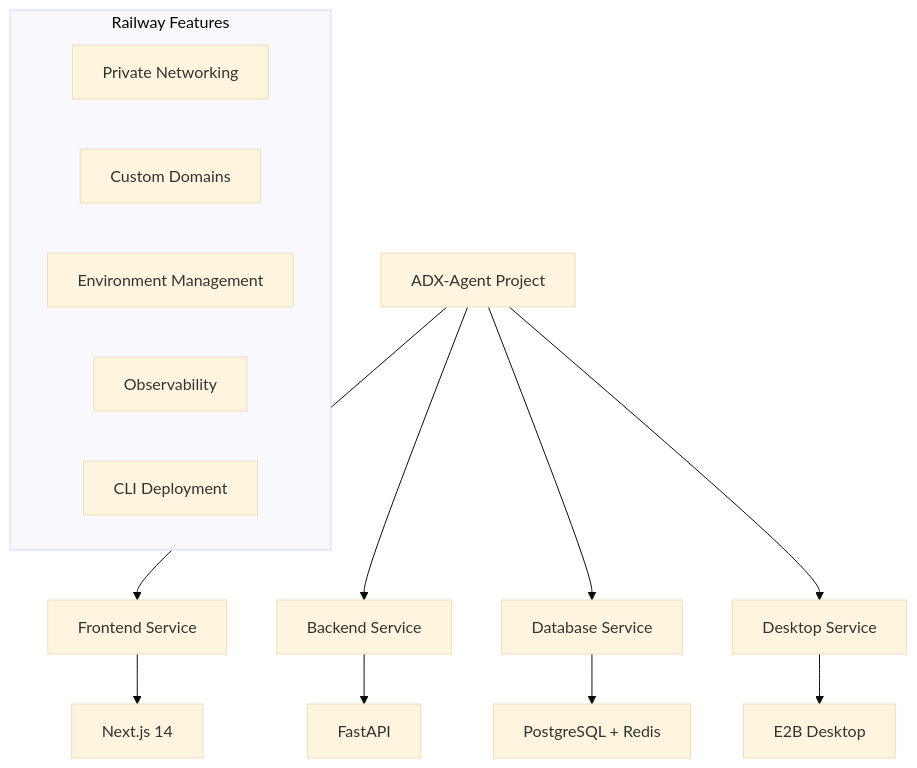
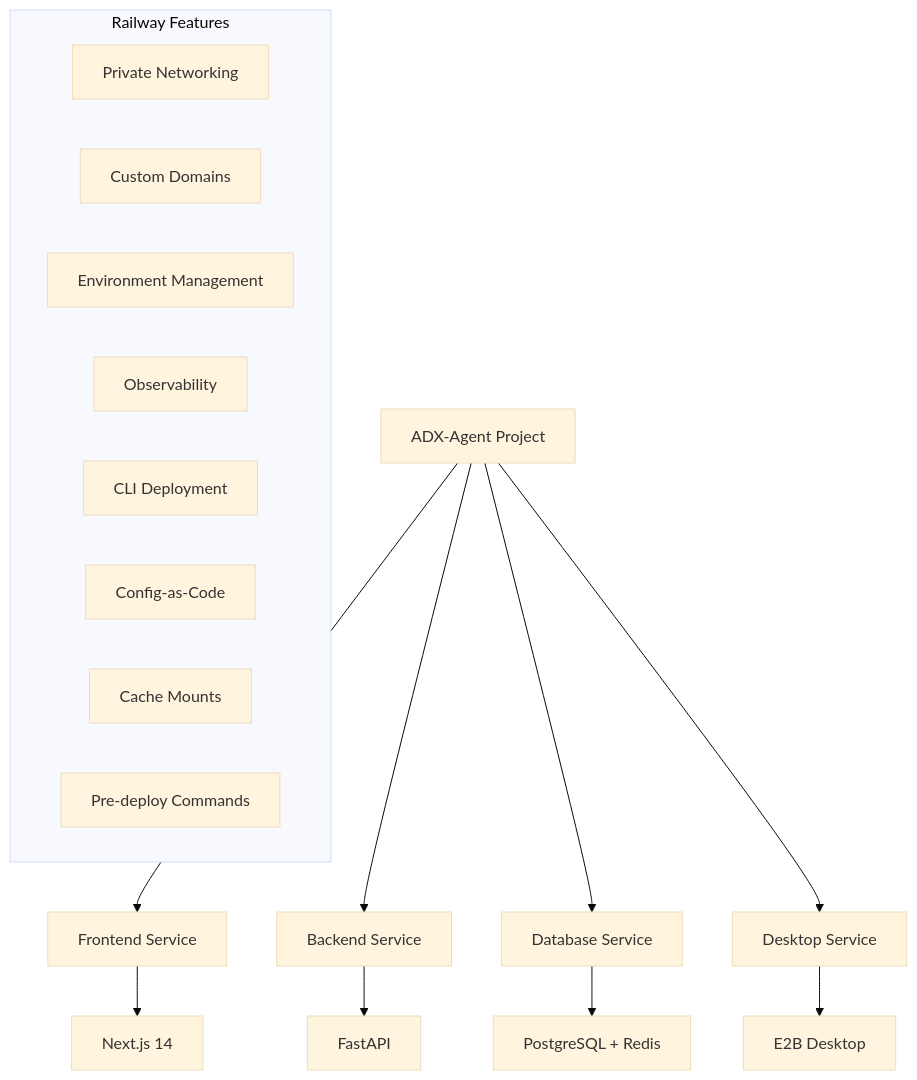
Before and after one commit to osamabinlikhon/ADX-Agent: the second of 4 diagrams in docs/deployment/RAILWAY-DEPLOYMENT.md, drawn with Mermaid (base theme). The commit also changed other lines of this file and 5 other files, not shown here.

````diff
--- a/docs/deployment/RAILWAY-DEPLOYMENT.md
+++ b/docs/deployment/RAILWAY-DEPLOYMENT.md
@@ -11,20 +46,23 @@
 ```mermaid
 graph TD
     A[ADX-Agent Project] --> B[Frontend Service]
     A --> C[Backend Service]
     A --> D[Database Service]
     A --> E[Desktop Service]
     
     B --> F[Next.js 14]
     C --> G[FastAPI]
     D --> H[PostgreSQL + Redis]
     E --> I[E2B Desktop]
     
     subgraph "Railway Features"
         J[Private Networking]
         K[Custom Domains]
         L[Environment Management]
         M[Observability]
         N[CLI Deployment]
+        O[Config-as-Code]
+        P[Cache Mounts]
+        Q[Pre-deploy Commands]
     end
 ```
````
